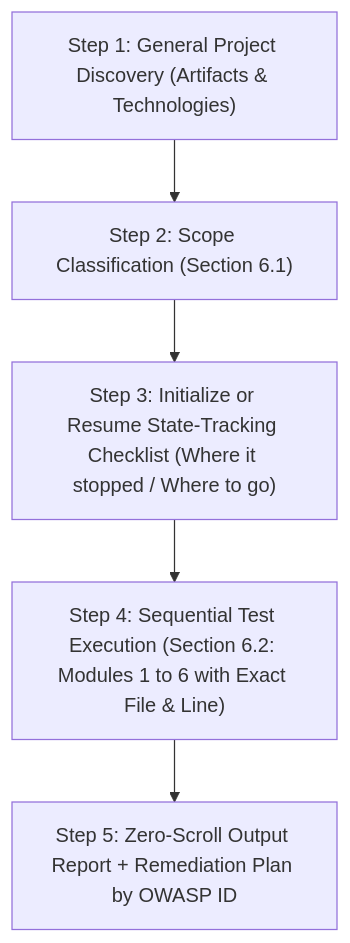
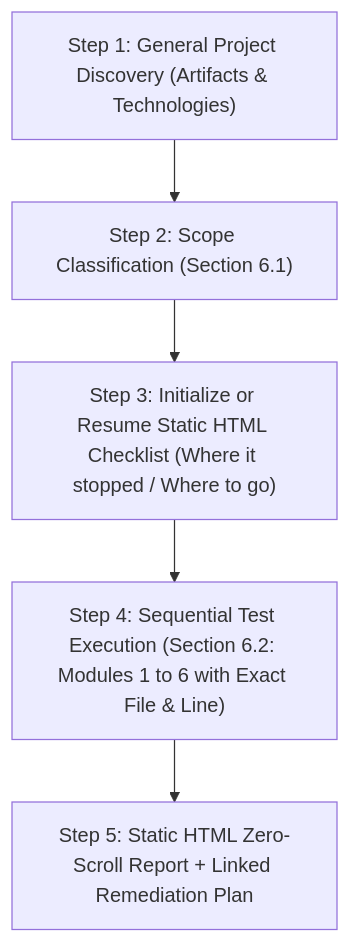
The second of 4 diagrams in .agents/skills/owasp-iot-auditor/SKILL.md (BrunoReiff/embed-sec-auditor), drawn with Mermaid before and after one commit. The commit also changed other lines of this file and 11 other files, not shown here.

Commit message:
feat(output): default to English static HTML reports with single-tab cross-navigation

````diff
--- a/.agents/skills/owasp-iot-auditor/SKILL.md
+++ b/.agents/skills/owasp-iot-auditor/SKILL.md
@@ -65,7 +67,7 @@
 ```mermaid
 flowchart TD
     A["Step 1: General Project Discovery (Artifacts & Technologies)"] --> B["Step 2: Scope Classification (Section 6.1)"]
-    B --> C["Step 3: Initialize or Resume State-Tracking Checklist (Where it stopped / Where to go)"]
+    B --> C["Step 3: Initialize or Resume Static HTML Checklist (Where it stopped / Where to go)"]
     C --> D["Step 4: Sequential Test Execution (Section 6.2: Modules 1 to 6 with Exact File & Line)"]
-    D --> E["Step 5: Zero-Scroll Output Report + Remediation Plan by OWASP ID"]
+    D --> E["Step 5: Static HTML Zero-Scroll Report + Linked Remediation Plan"]
 ```
````
